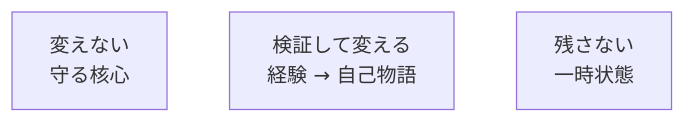
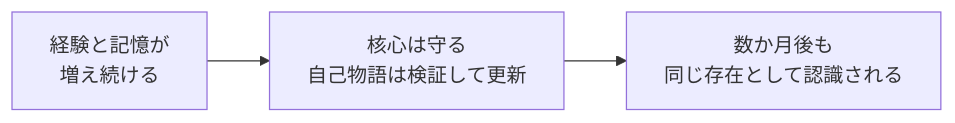
Before and after one commit to Salmonellasarduri/llm-personality-design-patterns: the diagram in README.ja.md, drawn with Mermaid. The commit also changed other lines of this file and 1 other file, not shown here.

Commit message:
Show the README value proposition as a real flow (#5)

````diff
--- a/README.ja.md
+++ b/README.ja.md
@@ -11,7 +11,5 @@
 ```mermaid
 flowchart LR
-    KEEP["変えない<br/>守る核心"]
-    CHANGE["検証して変える<br/>経験 → 自己物語"]
-    DROP["残さない<br/>一時状態"]
-    KEEP ~~~ CHANGE ~~~ DROP
+    IN["経験と記憶が<br/>増え続ける"] --> DESIGN["核心は守る<br/>自己物語は検証して更新"]
+    DESIGN --> OUT["数か月後も<br/>同じ存在として認識される"]
 ```
````
